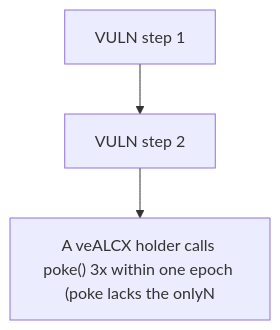
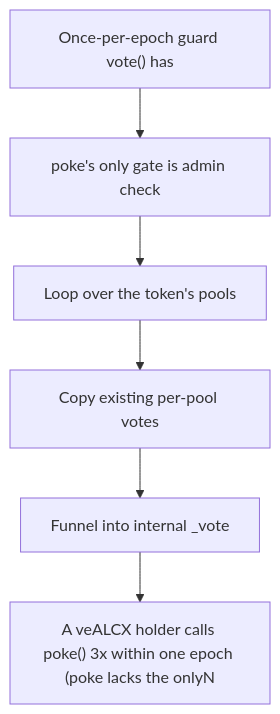
One commit to sanbir/evm-hack-registry changed the diagram in 38189-lack-of-access-control-in-poke-function-allows-in-unlimited_exp/38189-lack-of-access-control-in-poke-function-allows-in-unlimited_exp.md. Above: the diagram before and after it, drawn with Mermaid. The commit also changed other lines of this file and 79 other files, not shown here.

````diff
--- a/38189-lack-of-access-control-in-poke-function-allows-in-unlimited_exp/38189-lack-of-access-control-in-poke-function-allows-in-unlimited_exp.md
+++ b/38189-lack-of-access-control-in-poke-function-allows-in-unlimited_exp/38189-lack-of-access-control-in-poke-function-allows-in-unlimited_exp.md
@@ -28,8 +28,14 @@
 ```mermaid
 flowchart TD
-  S0["VULN step 1"]
-  S1["VULN step 2"]
+  S0["Once-per-epoch guard vote() has"]
+  S1["poke's only gate is admin check"]
+  S2["Loop over the token's pools"]
+  S3["Copy existing per-pool votes"]
+  S4["Funnel into internal _vote"]
   H["A veALCX holder calls poke() 3x within one epoch (poke lacks the onlyN"]
   S0 --> S1
-  S1 --> H
+  S1 --> S2
+  S2 --> S3
+  S3 --> S4
+  S4 --> H
 ```
````
